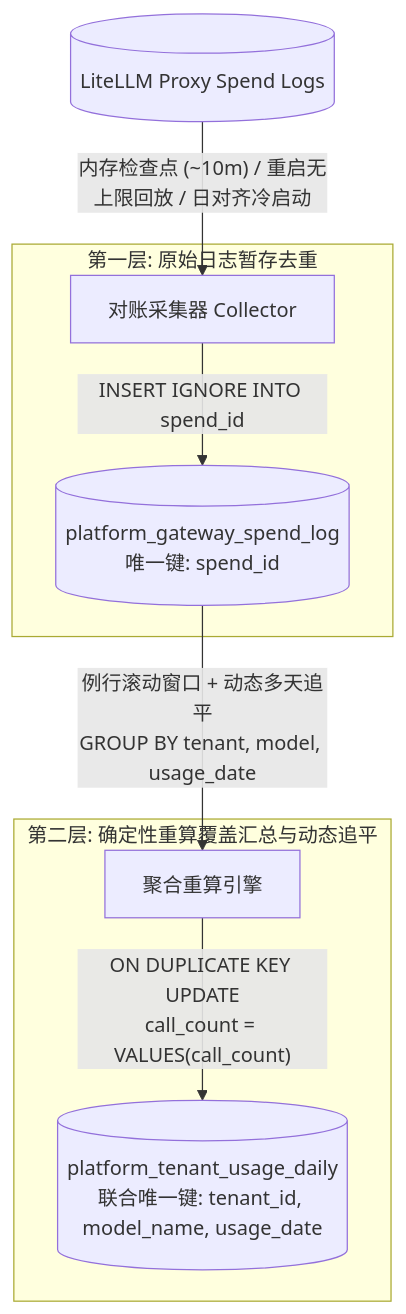
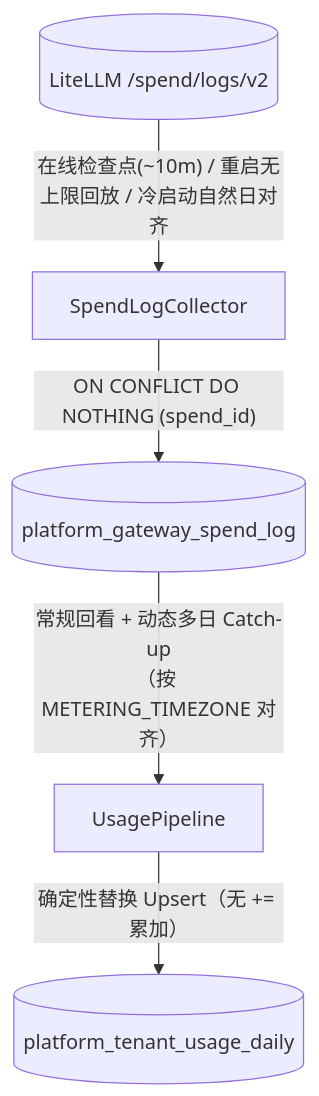
The third of 3 diagrams in extensions/model-platform/implementation-plan.zh-CN.md (Sanderhoff-alt/oh-my-ragflow), drawn with Mermaid before and after one commit. The commit also changed other lines of this file and 25 other files, not shown here.

First line of the commit message:
docs(model-platform): add bilingual operator, user, and API guides and refresh design docs (#67)

````diff
--- a/extensions/model-platform/implementation-plan.zh-CN.md
+++ b/extensions/model-platform/implementation-plan.zh-CN.md
@@ -651,13 +363,7 @@
 ```mermaid
 flowchart TD
-    LiteLLM[("LiteLLM Proxy Spend Logs")] -->|"内存检查点 (~10m) / 重启无上限回放 / 日对齐冷启动"| Collector["对账采集器 Collector"]
-
-    subgraph Tier1_Staging ["第一层: 原始日志暂存去重"]
-        Collector -->|"INSERT IGNORE INTO spend_id"| SpendLogTable[("platform_gateway_spend_log<br>唯一键: spend_id")]
-    end
-
-    subgraph Tier2_Aggregation ["第二层: 确定性重算覆盖汇总与动态追平"]
-        SpendLogTable -->|"例行滚动窗口 + 动态多天追平<br>GROUP BY tenant, model, usage_date"| RollupEngine["聚合重算引擎"]
-        RollupEngine -->|"ON DUPLICATE KEY UPDATE<br>call_count = VALUES(call_count)"| DailyTable[("platform_tenant_usage_daily<br>联合唯一键: tenant_id, model_name, usage_date")]
-    end
+    LiteLLM[("LiteLLM /spend/logs/v2")] -->|"在线检查点(~10m) / 重启无上限回放 / 冷启动自然日对齐"| Collector["SpendLogCollector"]
+    Collector -->|"ON CONFLICT DO NOTHING (spend_id)"| Staging[("platform_gateway_spend_log")]
+    Staging -->|"常规回看 + 动态多日 Catch-up<br/>（按 METERING_TIMEZONE 对齐）"| Pipeline["UsagePipeline"]
+    Pipeline -->|"确定性替换 Upsert（无 += 累加）"| Daily[("platform_tenant_usage_daily")]
 ```
````
